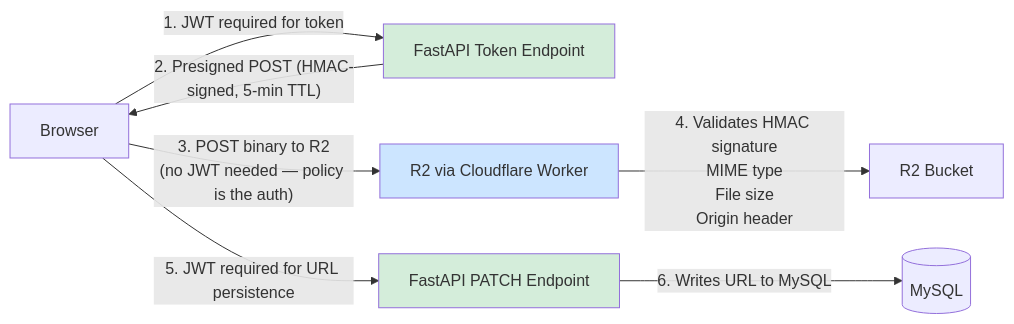
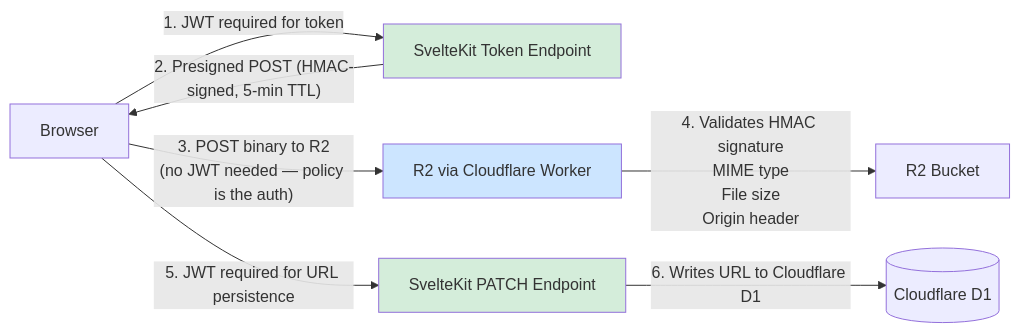
The sixth of 6 diagrams in plan/image_microservice_architecture_section1.md (Adarshv0524/ext-util), drawn with Mermaid before and after one commit. The commit also changed other lines of this file and 16 other files, not shown here.

````diff
--- a/plan/image_microservice_architecture_section1.md
+++ b/plan/image_microservice_architecture_section1.md
@@ -473,13 +473,13 @@
 ```mermaid
 graph LR
-    A["Browser"] -- "1. JWT required for token" --> B["FastAPI Token Endpoint"]
+    A["Browser"] -- "1. JWT required for token" --> B["SvelteKit Token Endpoint"]
     B -- "2. Presigned POST (HMAC-signed, 5-min TTL)" --> A
     A -- "3. POST binary to R2\n(no JWT needed — policy is the auth)" --> C["R2 via Cloudflare Worker"]
     C -- "4. Validates HMAC signature\nMIME type\nFile size\nOrigin header" --> D["R2 Bucket"]
-    A -- "5. JWT required for URL persistence" --> E["FastAPI PATCH Endpoint"]
-    E -- "6. Writes URL to MySQL" --> F[("MySQL")]
+    A -- "5. JWT required for URL persistence" --> E["SvelteKit PATCH Endpoint"]
+    E -- "6. Writes URL to Cloudflare D1" --> F[("Cloudflare D1")]
 
     style B fill:#d4edda
     style E fill:#d4edda
     style C fill:#cce5ff
 ```
````
